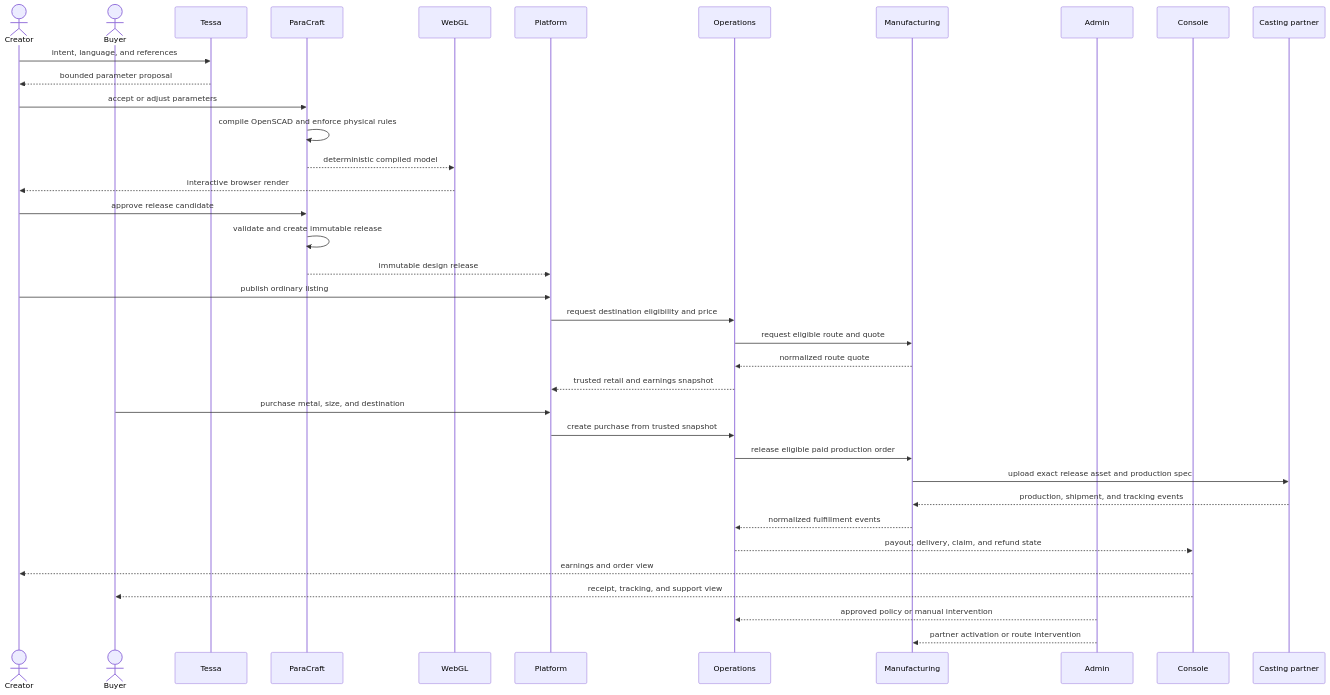
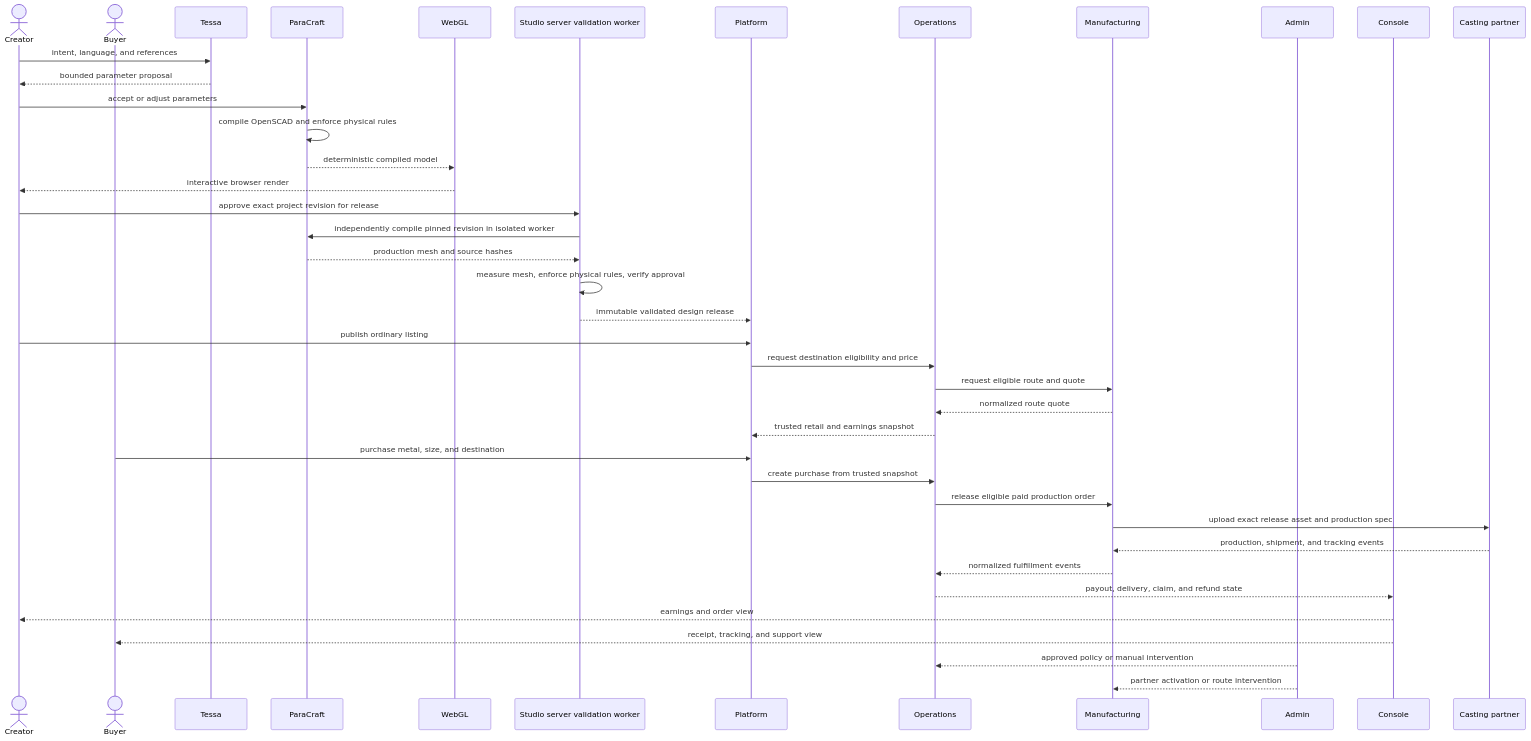
One commit to tinkrland/kirosculp changed the diagram in docs/architecture/flow.md. Above: the diagram before and after it, drawn with Mermaid. The commit also changed other lines of this file and 94 other files, not shown here.

Commit message:
clarify backend, finance sequence, agent protocol, and release gate

````diff
--- a/docs/architecture/flow.md
+++ b/docs/architecture/flow.md
@@ -3,40 +3,43 @@
 ```mermaid
 sequenceDiagram
     actor Creator
     actor Buyer
     participant Tessa
     participant ParaCraft
     participant WebGL
+    participant StudioServer as Studio server validation worker
     participant Platform
     participant Operations
     participant Manufacturing
     participant Admin
     participant Console
     participant Partner as Casting partner
 
     Creator->>Tessa: intent, language, and references
     Tessa-->>Creator: bounded parameter proposal
     Creator->>ParaCraft: accept or adjust parameters
     ParaCraft->>ParaCraft: compile OpenSCAD and enforce physical rules
     ParaCraft-->>WebGL: deterministic compiled model
     WebGL-->>Creator: interactive browser render
-    Creator->>ParaCraft: approve release candidate
-    ParaCraft->>ParaCraft: validate and create immutable release
-    ParaCraft-->>Platform: immutable design release
+    Creator->>StudioServer: approve exact project revision for release
+    StudioServer->>ParaCraft: independently compile pinned revision in isolated worker
+    ParaCraft-->>StudioServer: production mesh and source hashes
+    StudioServer->>StudioServer: measure mesh, enforce physical rules, verify approval
+    StudioServer-->>Platform: immutable validated design release
     Creator->>Platform: publish ordinary listing
     Platform->>Operations: request destination eligibility and price
     Operations->>Manufacturing: request eligible route and quote
     Manufacturing-->>Operations: normalized route quote
     Operations-->>Platform: trusted retail and earnings snapshot
     Buyer->>Platform: purchase metal, size, and destination
     Platform->>Operations: create purchase from trusted snapshot
     Operations->>Manufacturing: release eligible paid production order
     Manufacturing->>Partner: upload exact release asset and production spec
     Partner-->>Manufacturing: production, shipment, and tracking events
     Manufacturing-->>Operations: normalized fulfillment events
     Operations-->>Console: payout, delivery, claim, and refund state
     Console-->>Creator: earnings and order view
     Console-->>Buyer: receipt, tracking, and support view
     Admin-->>Operations: approved policy or manual intervention
     Admin-->>Manufacturing: partner activation or route intervention
 ```
````
